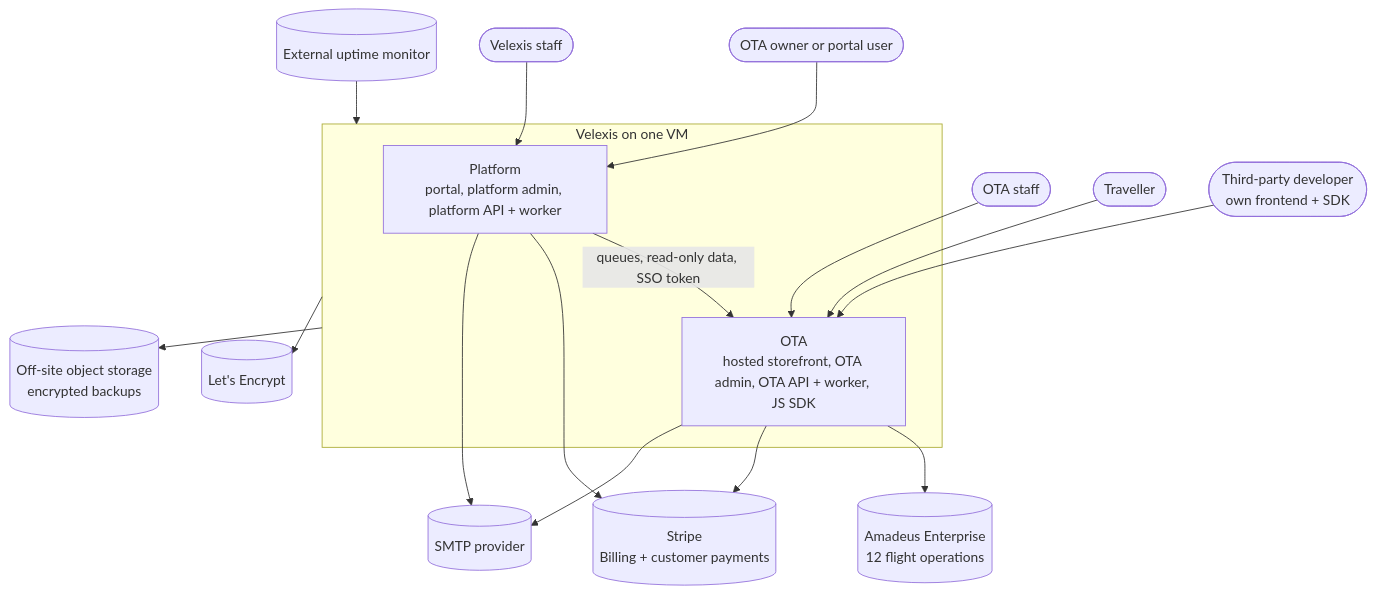
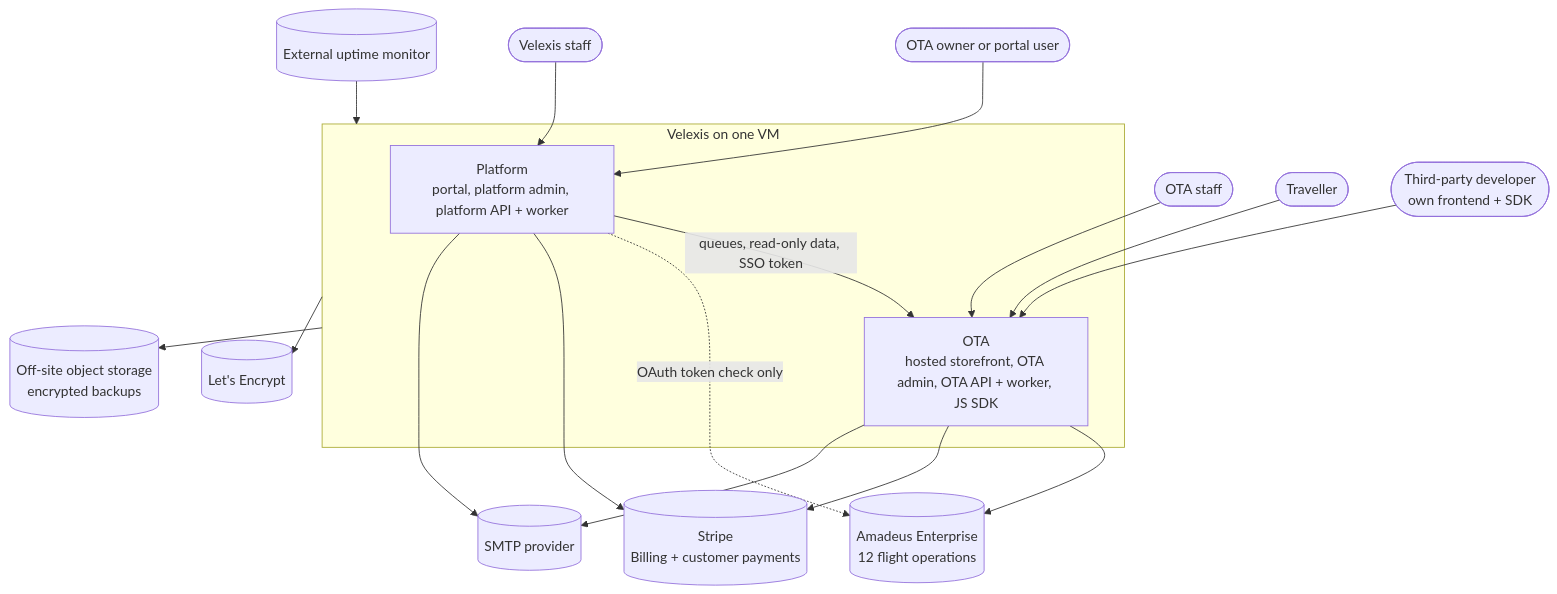
Before and after one commit to bhagwati-prasad/velexis-ota: the first of 8 diagrams in docs/mvp/architecture.md, drawn with Mermaid. The commit also changed other lines of this file and 50 other files, not shown here.

````diff
--- a/docs/mvp/architecture.md
+++ b/docs/mvp/architecture.md
@@ -19,35 +19,36 @@
 ```mermaid
 flowchart TB
   owner(["OTA owner or portal user"])
   vstaff(["Velexis staff"])
   ostaff(["OTA staff"])
   traveller(["Traveller"])
   dev(["Third-party developer<br/>own frontend + SDK"])
 
   subgraph velexis["Velexis on one VM"]
     platform["Platform<br/>portal, platform admin, platform API + worker"]
     ota["OTA<br/>hosted storefront, OTA admin, OTA API + worker, JS SDK"]
   end
 
   amadeus[("Amadeus Enterprise<br/>12 flight operations")]
   stripe[("Stripe<br/>Billing + customer payments")]
   smtp[("SMTP provider")]
   le[("Let's Encrypt")]
   backup[("Off-site object storage<br/>encrypted backups")]
   uptime[("External uptime monitor")]
 
   owner --> platform
   vstaff --> platform
   ostaff --> ota
   traveller --> ota
   dev --> ota
   platform -->|"queues, read-only data, SSO token"| ota
   ota --> amadeus
+  platform -.->|"OAuth token check only"| amadeus
   ota --> stripe
   platform --> stripe
   platform --> smtp
   ota --> smtp
   velexis --> le
   velexis --> backup
   uptime --> velexis
 ```
````
